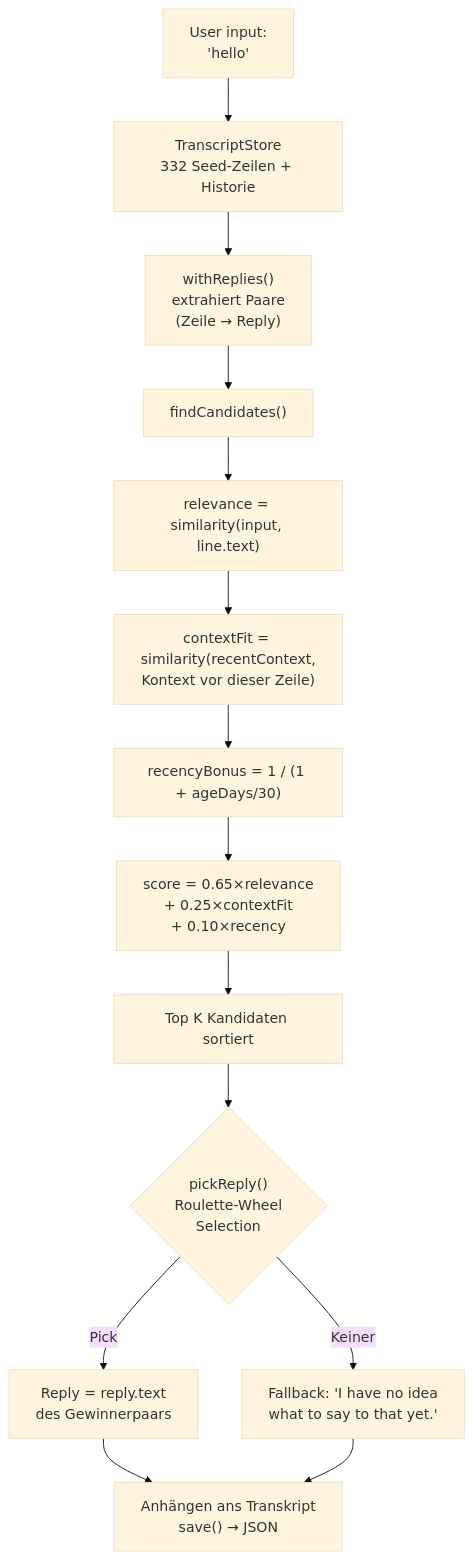
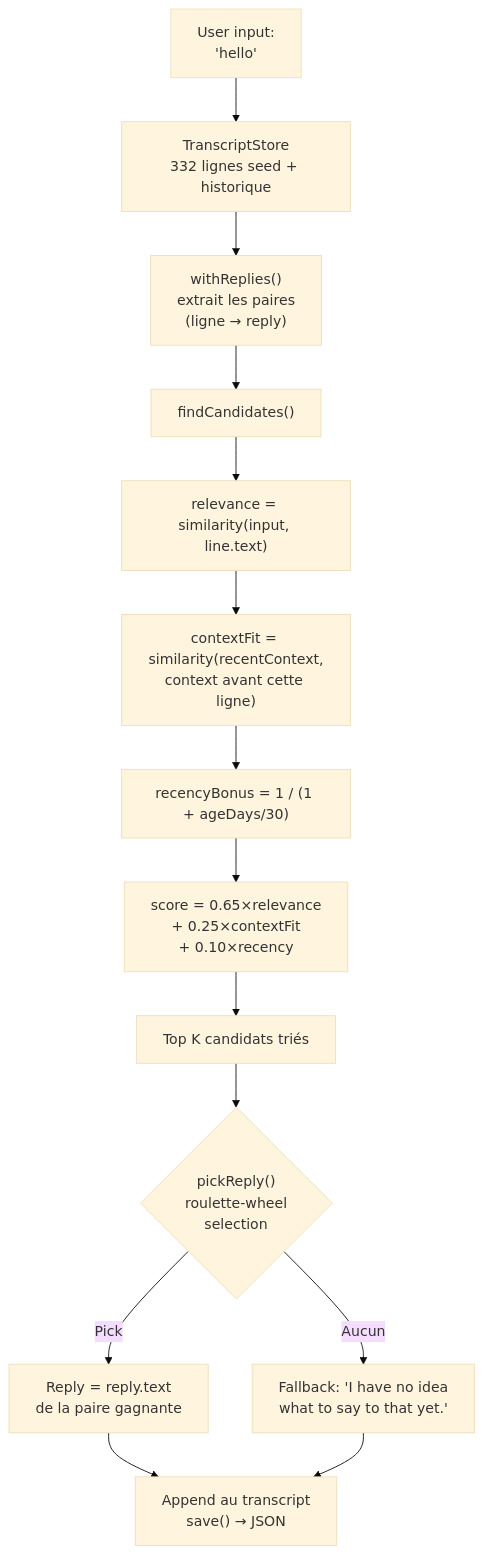
One commit to fox3000foxy/fox3000foxy.github.io changed the second of 2 diagrams in public/articles/de/from-eliza-to-llm-chatbots-typescript.md. Above: the diagram before and after it, drawn with Mermaid (base theme). The commit also changed other lines of this file and 40 other files, not shown here.

````diff
--- a/public/articles/de/from-eliza-to-llm-chatbots-typescript.md
+++ b/public/articles/de/from-eliza-to-llm-chatbots-typescript.md
@@ -307,16 +283,16 @@
 ```mermaid
 flowchart TD
-    A["User input:<br>'hello'"] --> B["TranscriptStore<br>332 Seed-Zeilen + Historie"]
-    B --> C["withReplies()<br>extrahiert Paare<br>(Zeile → Reply)"]
+    A["User input:<br>'hello'"] --> B["TranscriptStore<br>332 lignes seed + historique"]
+    B --> C["withReplies()<br>extrait les paires<br>(ligne → reply)"]
     C --> D["findCandidates()"]
     D --> E["relevance = similarity(input, line.text)"]
-    E --> F["contextFit = similarity(recentContext,<br>Kontext vor dieser Zeile)"]
+    E --> F["contextFit = similarity(recentContext,<br>context avant cette ligne)"]
     F --> G["recencyBonus = 1 / (1 + ageDays/30)"]
     G --> H["score = 0.65×relevance<br>+ 0.25×contextFit<br>+ 0.10×recency"]
-    H --> I["Top K Kandidaten sortiert"]
-    I --> J{"pickReply()<br>Roulette-Wheel<br>Selection"}
-    J -->|"Pick"| K["Reply = reply.text<br>des Gewinnerpaars"]
-    J -->|"Keiner"| L["Fallback: 'I have no idea<br>what to say to that yet.'"]
-    K --> M["Anhängen ans Transkript<br>save() → JSON"]
+    H --> I["Top K candidats triés"]
+    I --> J{"pickReply()<br>roulette-wheel<br>selection"}
+    J -->|"Pick"| K["Reply = reply.text<br>de la paire gagnante"]
+    J -->|"Aucun"| L["Fallback: 'I have no idea<br>what to say to that yet.'"]
+    K --> M["Append au transcript<br>save() → JSON"]
     L --> M
 ```
````
